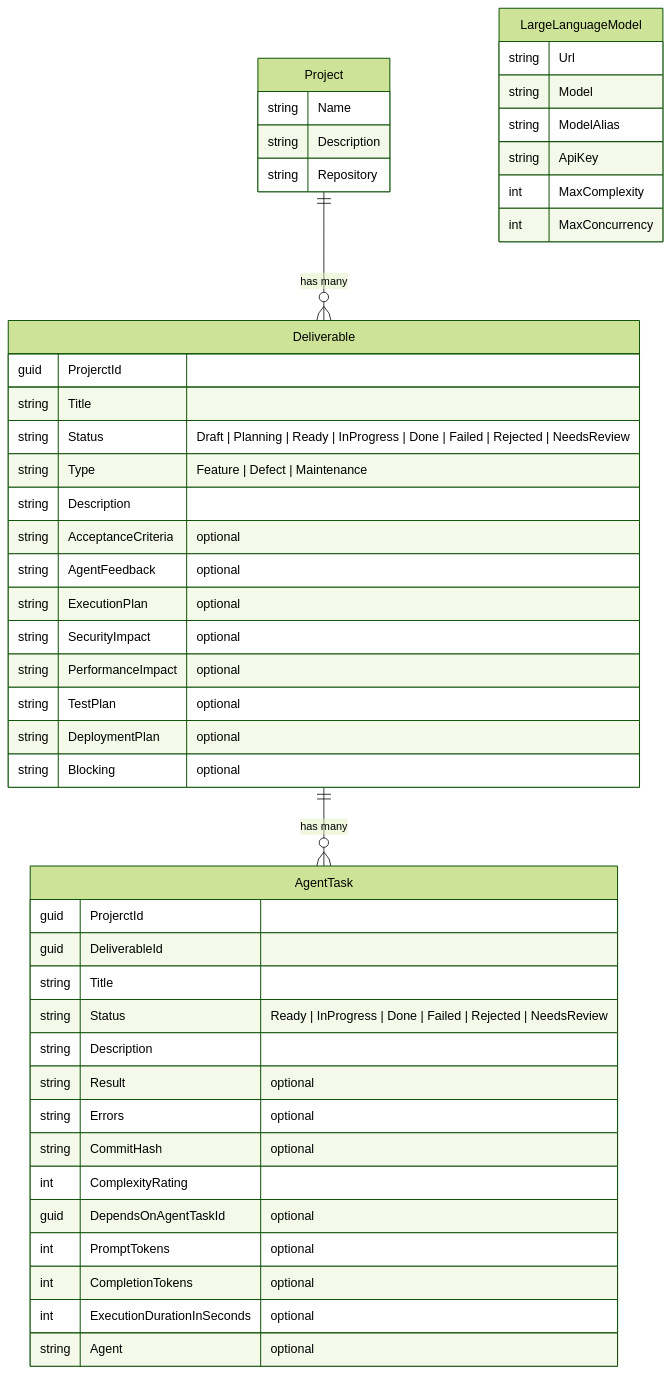
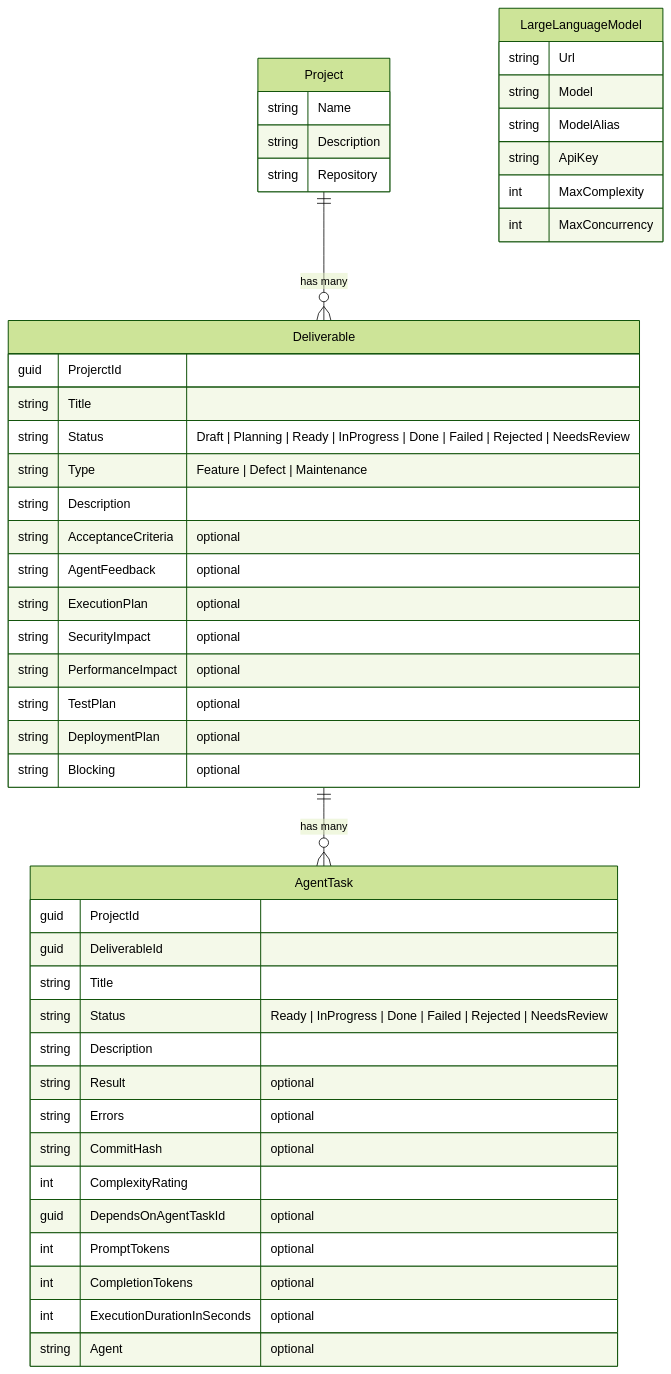
Before and after one commit to MartinKuhne/devstack: the diagram in specs/graphql/data-model.mmd, drawn with Mermaid (forest theme). The commit also changed 3 other files, not shown here.

```diff
--- a/specs/graphql/data-model.mmd
+++ b/specs/graphql/data-model.mmd
@@ -1,53 +1,53 @@
 erDiagram
 
     Project {
         string Name
         string Description
         string Repository
     }
 
     Deliverable {
         guid ProjerctId
         string Title
         string Status "Draft | Planning | Ready | InProgress | Done | Failed | Rejected | NeedsReview"
         string Type "Feature | Defect | Maintenance"
         string Description
         string AcceptanceCriteria "optional"
         string AgentFeedback "optional"
         string ExecutionPlan "optional"
         string SecurityImpact "optional"
         string PerformanceImpact "optional"
         string TestPlan "optional"
         string DeploymentPlan "optional"
         string Blocking "optional"
     }
 
     AgentTask {
-        guid ProjerctId
+        guid ProjectId
         guid DeliverableId
         string Title
         string Status "Ready | InProgress | Done | Failed | Rejected | NeedsReview"
         string Description
         string Result "optional"
         string Errors "optional"
         string CommitHash "optional"
         int ComplexityRating
         guid DependsOnAgentTaskId "optional"
         int PromptTokens "optional"
         int CompletionTokens "optional"
         int ExecutionDurationInSeconds "optional"
         string Agent "optional"
     }
 
     LargeLanguageModel {
         string Url
         string Model
         string ModelAlias
         string ApiKey
         int MaxComplexity
         int MaxConcurrency
     }
 
     %% Relationships
     Project ||--o{ Deliverable : "has many"
     Deliverable ||--o{ AgentTask : "has many"
```
